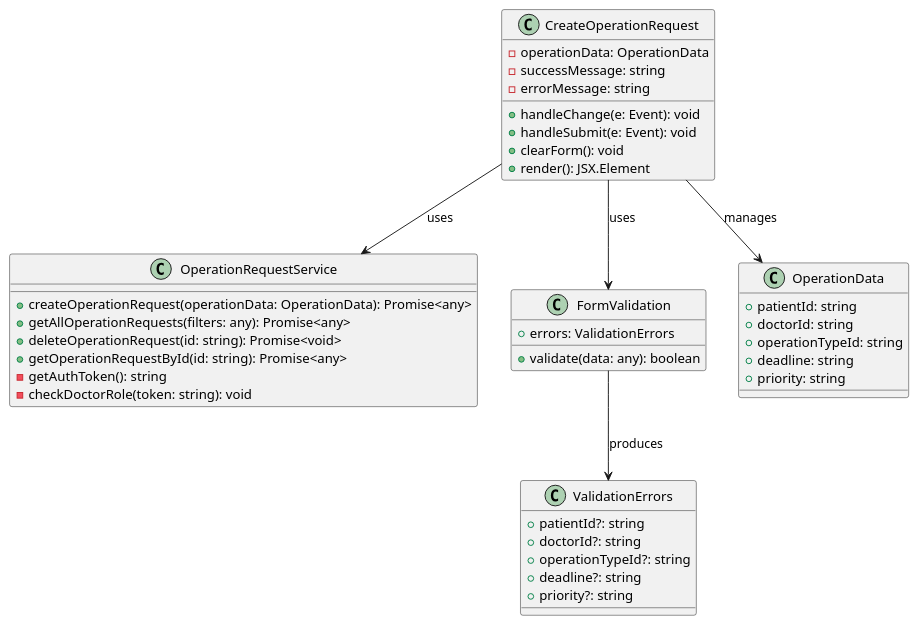
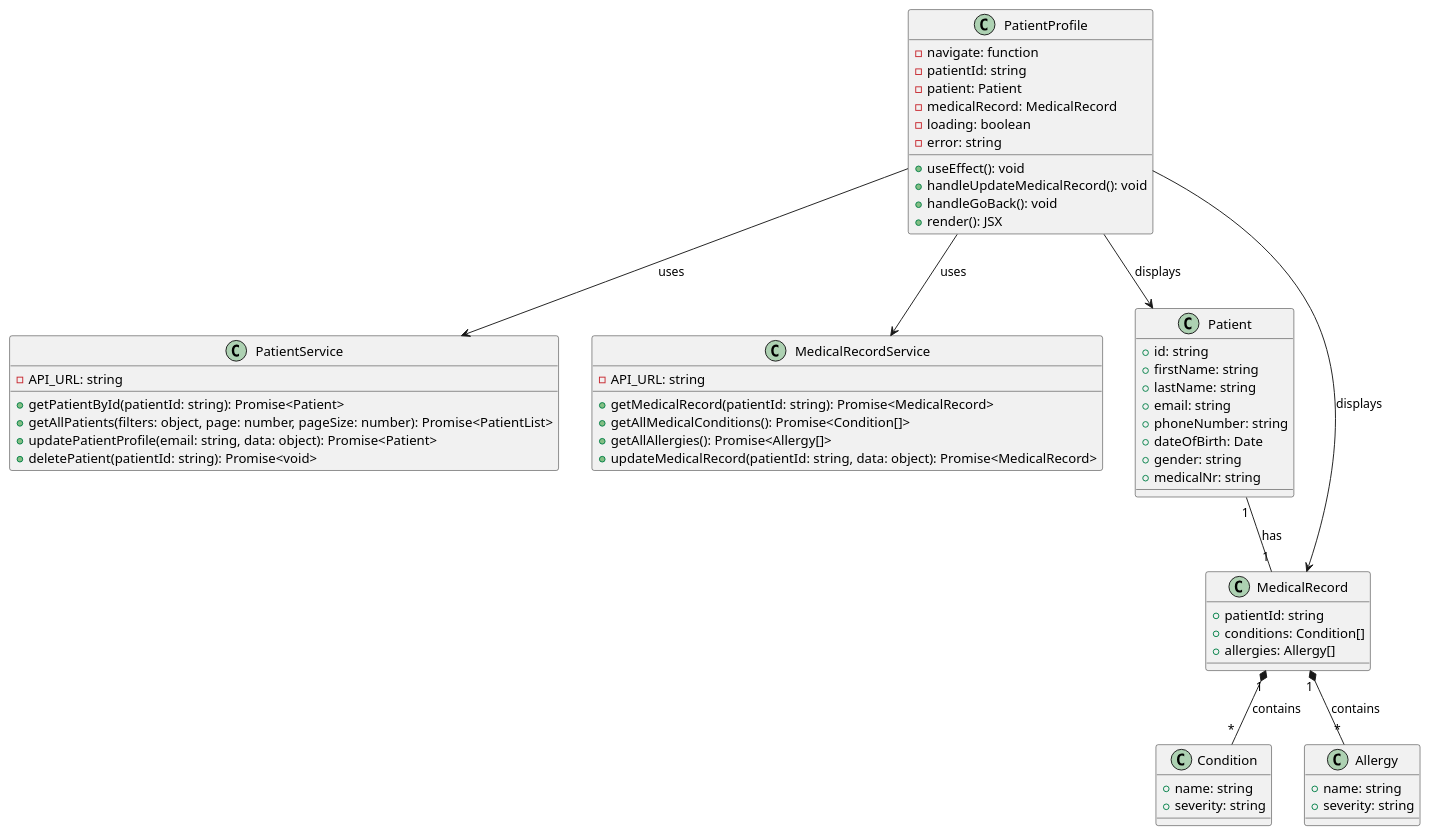
Before and after one commit to HugBar/3DC_G17: the diagram in docs/Sprint3/US 7.2.14/CD.puml, drawn with PlantUML. The commit also changed 1 other file, not shown here.

```diff
--- a/docs/Sprint3/US 7.2.14/CD.puml
+++ b/docs/Sprint3/US 7.2.14/CD.puml
@@ -1,51 +1,67 @@
-@startuml Create Operation Request UI Frontend Class Diagram
+@startuml Patient Profile Class Diagram
 
-' React Components
-class CreateOperationRequest {
-  - operationData: OperationData
-  - successMessage: string
-  - errorMessage: string
-  + handleChange(e: Event): void
-  + handleSubmit(e: Event): void
-  + clearForm(): void
-  + render(): JSX.Element
+class PatientProfile {
+  -navigate: function
+  -patientId: string
+  -patient: Patient
+  -medicalRecord: MedicalRecord
+  -loading: boolean
+  -error: string
+  +useEffect(): void
+  +handleUpdateMedicalRecord(): void
+  +handleGoBack(): void
+  +render(): JSX
 }
 
-class OperationRequestService {
-  + createOperationRequest(operationData: OperationData): Promise<any>
-  + getAllOperationRequests(filters: any): Promise<any>
-  + deleteOperationRequest(id: string): Promise<void>
-  + getOperationRequestById(id: string): Promise<any>
-  - getAuthToken(): string
-  - checkDoctorRole(token: string): void
+class PatientService {
+  -API_URL: string
+  +getPatientById(patientId: string): Promise<Patient>
+  +getAllPatients(filters: object, page: number, pageSize: number): Promise<PatientList>
+  +updatePatientProfile(email: string, data: object): Promise<Patient>
+  +deletePatient(patientId: string): Promise<void>
 }
 
-class FormValidation {
-  + errors: ValidationErrors
-  + validate(data: any): boolean
+class MedicalRecordService {
+  -API_URL: string
+  +getMedicalRecord(patientId: string): Promise<MedicalRecord>
+  +getAllMedicalConditions(): Promise<Condition[]>
+  +getAllAllergies(): Promise<Allergy[]>
+  +updateMedicalRecord(patientId: string, data: object): Promise<MedicalRecord>
 }
 
-' Data Types
-class OperationData {
-  + patientId: string
-  + doctorId: string
-  + operationTypeId: string
-  + deadline: string
-  + priority: string
+class Patient {
+  +id: string
+  +firstName: string
+  +lastName: string
+  +email: string
+  +phoneNumber: string
+  +dateOfBirth: Date
+  +gender: string
+  +medicalNr: string
 }
 
-class ValidationErrors {
-  + patientId?: string
-  + doctorId?: string
-  + operationTypeId?: string
-  + deadline?: string
-  + priority?: string
+class MedicalRecord {
+  +patientId: string
+  +conditions: Condition[]
+  +allergies: Allergy[]
 }
 
-' Relationships
-CreateOperationRequest --> OperationRequestService: uses
-CreateOperationRequest --> FormValidation: uses
-CreateOperationRequest --> OperationData: manages
-FormValidation --> ValidationErrors: produces
+class Condition {
+  +name: string
+  +severity: string
+}
+
+class Allergy {
+  +name: string
+  +severity: string
+}
+
+PatientProfile --> PatientService: uses
+PatientProfile --> MedicalRecordService: uses
+PatientProfile --> Patient: displays
+PatientProfile --> MedicalRecord: displays
+MedicalRecord "1" *-- "*" Condition: contains
+MedicalRecord "1" *-- "*" Allergy: contains
+Patient "1" -- "1" MedicalRecord: has
 
 @enduml
```
